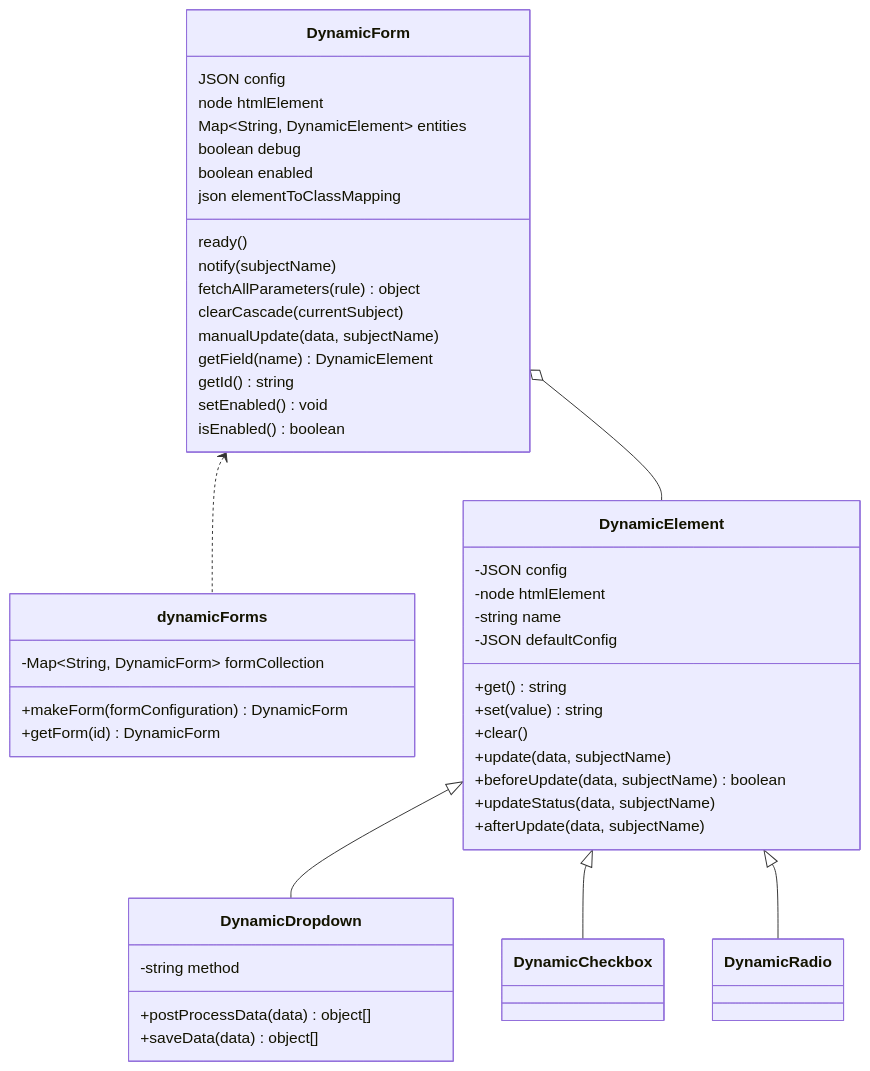
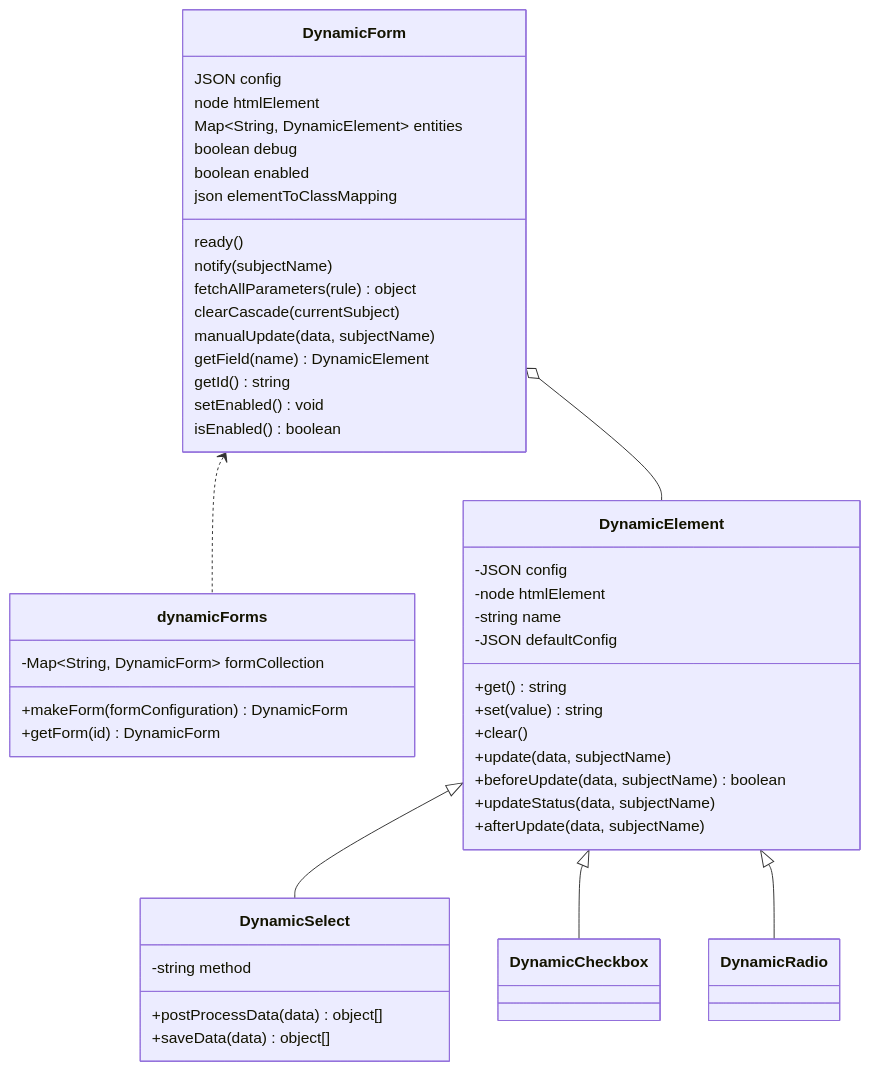
Before and after one commit to simomosi/dynamic-forms: the diagram in docs/dev/contribute.md, drawn with Mermaid. The commit also changed 11 other files, not shown here.

Commit message:
Changed all references of DynamicDropdown to DynamicSelect

````diff
--- a/docs/dev/contribute.md
+++ b/docs/dev/contribute.md
@@ -33,55 +33,55 @@
 ```mermaid
 classDiagram
 
     class DynamicForm {
         JSON config
         node htmlElement
         Map~String, DynamicElement~ entities
         boolean debug
         boolean enabled
         json elementToClassMapping
 
         ready()
         notify(subjectName)
         fetchAllParameters(rule) object
         clearCascade(currentSubject)
         manualUpdate(data, subjectName)
         getField(name) DynamicElement
         getId() string
         setEnabled() void
         isEnabled() boolean
     }
 
     class dynamicForms {
         -Map~String, DynamicForm~ formCollection
         +makeForm(formConfiguration) DynamicForm
         +getForm(id) DynamicForm
     }
 
     class DynamicElement {
         -JSON config
         -node htmlElement
         -string name
         -JSON defaultConfig
         +get() string
         +set(value) string
         +clear()
         +update(data, subjectName)
         +beforeUpdate(data, subjectName) boolean
         +updateStatus(data, subjectName)
         +afterUpdate(data, subjectName)
     }
 
-    class DynamicDropdown {
+    class DynamicSelect {
         -string method
         +postProcessData(data) object[]
         +saveData(data) object[]
     }
 
     DynamicForm <.. dynamicForms
     DynamicForm o-- DynamicElement
-    DynamicElement <|-- DynamicDropdown
+    DynamicElement <|-- DynamicSelect
     DynamicElement <|-- DynamicCheckbox
     DynamicElement <|-- DynamicRadio
 
 ```
````
